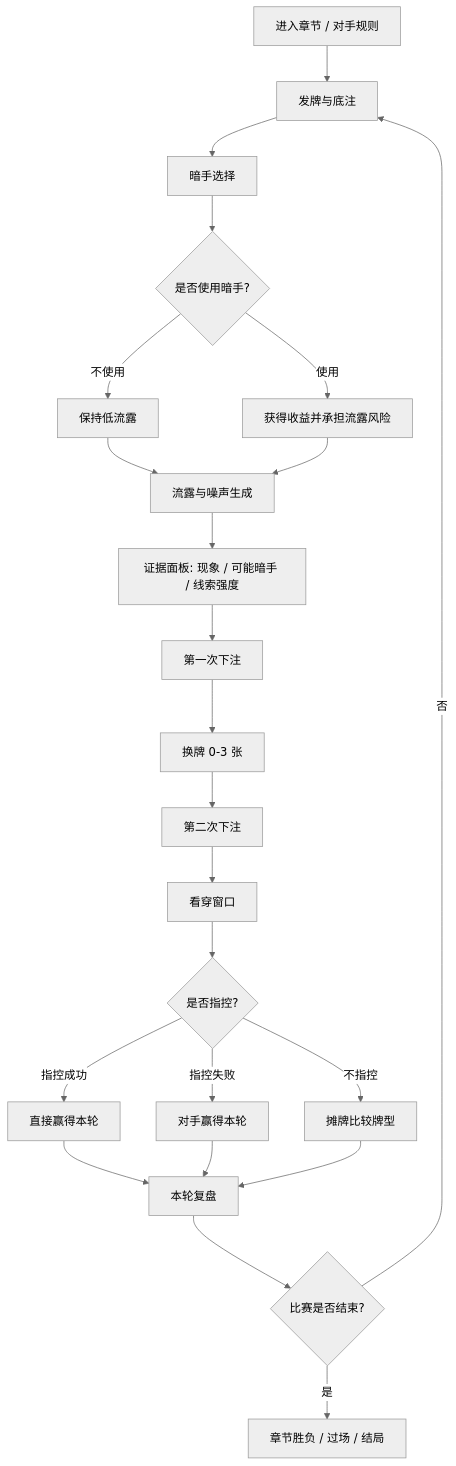
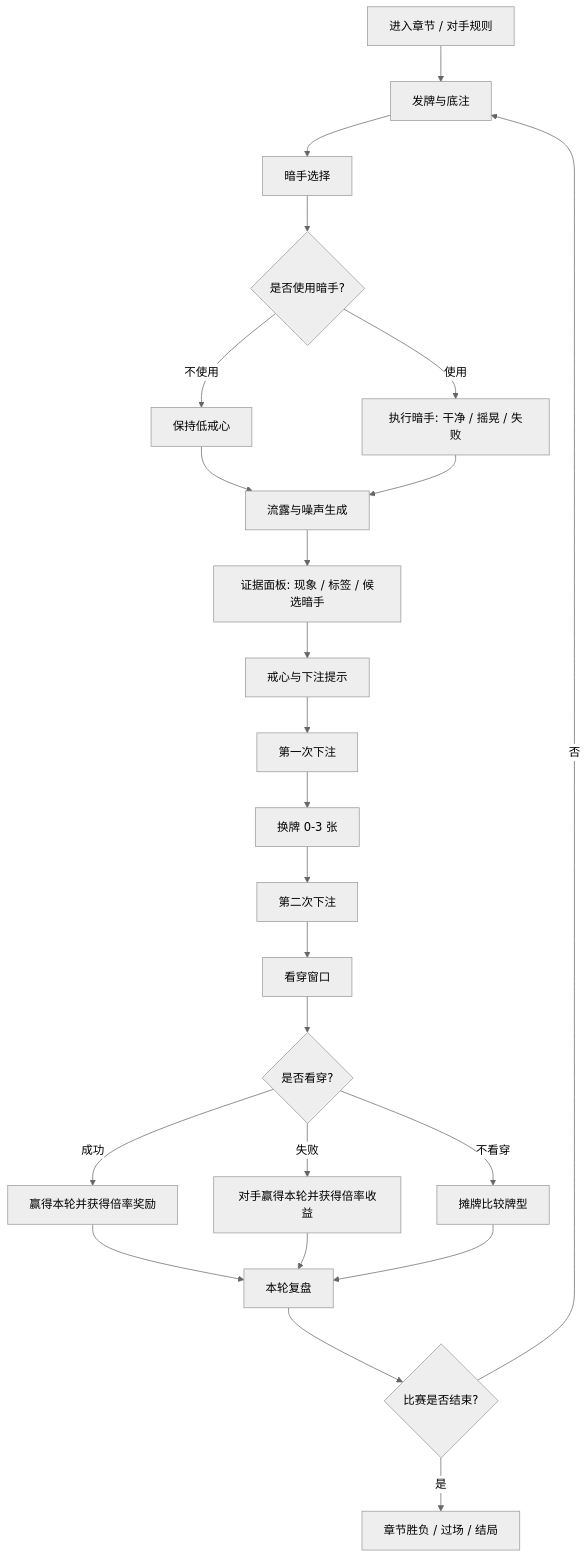
Before and after one commit to katamana/cheat-duel-demo: the diagram in README.md, drawn with Mermaid (neutral theme). The commit also changed other lines of this file, not shown here.

Commit message:
update gameplay docs
Ultraworked with [Sisyphus](https://github.com/code-yeongyu/oh-my-openagent)

````diff
--- a/README.md
+++ b/README.md
@@ -20,25 +20,26 @@
 ```mermaid
 flowchart TD
   A[进入章节 / 对手规则] --> B[发牌与底注]
   B --> C[暗手选择]
   C --> C1{是否使用暗手?}
-  C1 -->|不使用| D[保持低流露]
-  C1 -->|使用| E[获得收益并承担流露风险]
+  C1 -->|不使用| D[保持低戒心]
+  C1 -->|使用| E[执行暗手: 干净 / 摇晃 / 失败]
   D --> F[流露与噪声生成]
   E --> F
-  F --> G[证据面板: 现象 / 可能暗手 / 线索强度]
-  G --> H[第一次下注]
-  H --> I[换牌 0-3 张]
-  I --> J[第二次下注]
-  J --> K[看穿窗口]
-  K --> L{是否指控?}
-  L -->|指控成功| M[直接赢得本轮]
-  L -->|指控失败| N[对手赢得本轮]
-  L -->|不指控| O[摊牌比较牌型]
-  M --> P[本轮复盘]
-  N --> P
-  O --> P
-  P --> Q{比赛是否结束?}
-  Q -->|否| B
-  Q -->|是| R[章节胜负 / 过场 / 结局]
+  F --> G[证据面板: 现象 / 标签 / 候选暗手]
+  G --> H[戒心与下注提示]
+  H --> I[第一次下注]
+  I --> J[换牌 0-3 张]
+  J --> K[第二次下注]
+  K --> L[看穿窗口]
+  L --> M{是否看穿?}
+  M -->|成功| N[赢得本轮并获得倍率奖励]
+  M -->|失败| O[对手赢得本轮并获得倍率收益]
+  M -->|不看穿| P[摊牌比较牌型]
+  N --> Q[本轮复盘]
+  O --> Q
+  P --> Q
+  Q --> R{比赛是否结束?}
+  R -->|否| B
+  R -->|是| S[章节胜负 / 过场 / 结局]
 ```
````
